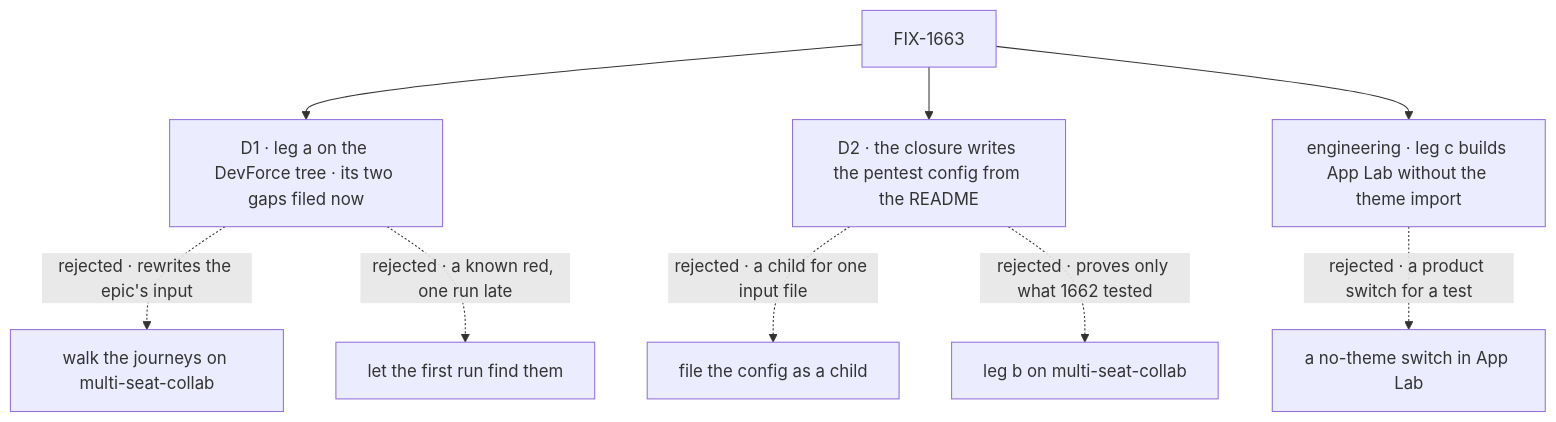
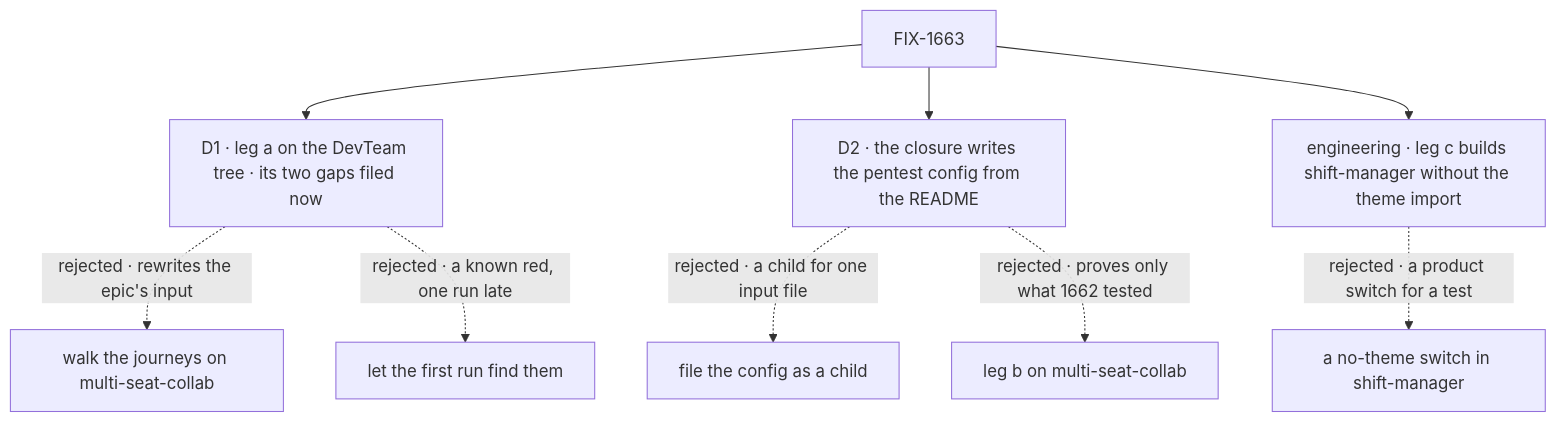
Before and after one commit to fixpoint-labs/flow-state-dev: the diagram in specs/issues/FIX-1663/DECISIONS.md, drawn with Mermaid. The commit also changed other lines of this file and 383 other files, not shown here.

First line of the commit message:
refactor: rename app-lab to shift-manager (FIX-1706)

````diff
--- a/specs/issues/FIX-1663/DECISIONS.md
+++ b/specs/issues/FIX-1663/DECISIONS.md
@@ -13,11 +13,11 @@
 ```mermaid
 flowchart TD
-  I["FIX-1663"] --> D1["D1 · leg a on the DevForce tree · its two gaps filed now"]
+  I["FIX-1663"] --> D1["D1 · leg a on the DevTeam tree · its two gaps filed now"]
   D1 -.->|"rejected · rewrites the epic's input"| X1a["walk the journeys on multi-seat-collab"]
   D1 -.->|"rejected · a known red, one run late"| X1b["let the first run find them"]
   I --> D2["D2 · the closure writes the pentest config from the README"]
   D2 -.->|"rejected · a child for one input file"| X2a["file the config as a child"]
   D2 -.->|"rejected · proves only what 1662 tested"| X2b["leg b on multi-seat-collab"]
-  I --> E1["engineering · leg c builds App Lab without the theme import"]
-  E1 -.->|"rejected · a product switch for a test"| X3["a no-theme switch in App Lab"]
+  I --> E1["engineering · leg c builds shift-manager without the theme import"]
+  E1 -.->|"rejected · a product switch for a test"| X3["a no-theme switch in shift-manager"]
 ```
````
